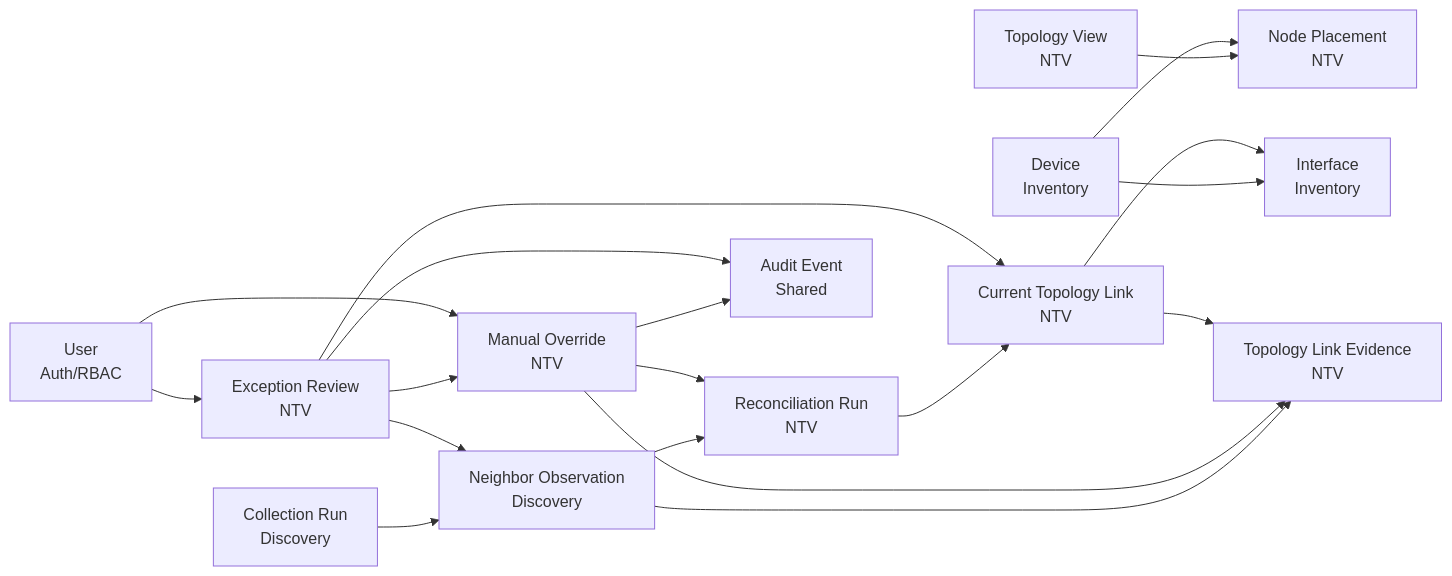
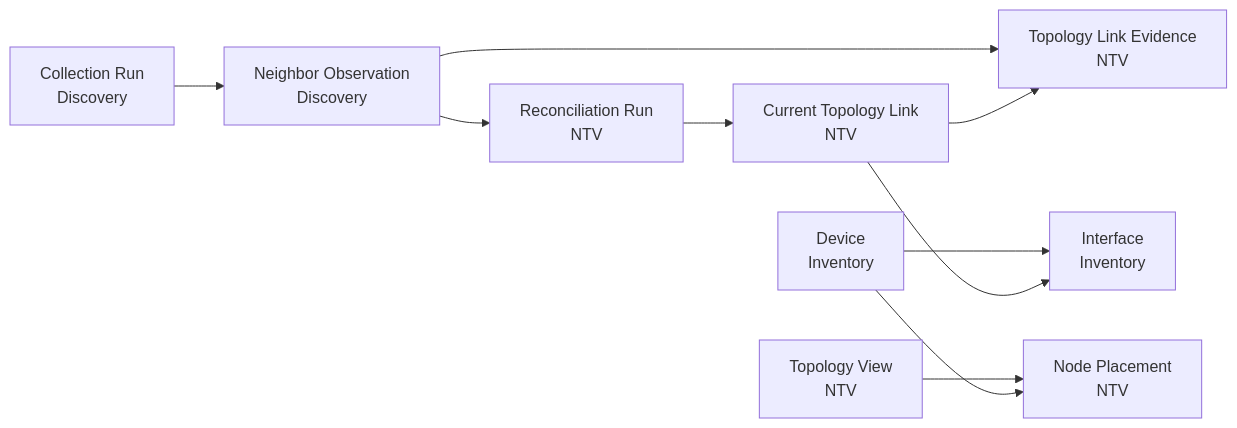
The second of 2 diagrams in 02_feature/03_Network Topology Visualization/02_Database Schema.md (napgat/NyNetMate-Research), drawn with Mermaid before and after one commit. The commit also changed other lines of this file and 19 other files, not shown here.

````diff
--- a/02_feature/03_Network Topology Visualization/02_Database Schema.md
+++ b/02_feature/03_Network Topology Visualization/02_Database Schema.md
@@ -790,26 +759,16 @@
 ```mermaid
 flowchart LR
     Device["Device<br/>Inventory"] --> Interface["Interface<br/>Inventory"]
     Collection["Collection Run<br/>Discovery"] --> Observation["Neighbor Observation<br/>Discovery"]
 
     Observation --> Reconcile["Reconciliation Run<br/>NTV"]
-    Override["Manual Override<br/>NTV"] --> Reconcile
     Reconcile --> Link["Current Topology Link<br/>NTV"]
 
     Observation --> Evidence["Topology Link Evidence<br/>NTV"]
-    Override --> Evidence
     Link --> Evidence
     Link --> Interface
 
     View["Topology View<br/>NTV"] --> Placement["Node Placement<br/>NTV"]
     Device --> Placement
 
-    Review["Exception Review<br/>NTV"] --> Observation
-    Review --> Link
-    Review --> Override
-
-    User["User<br/>Auth/RBAC"] --> Override
-    User --> Review
-    Override --> Audit["Audit Event<br/>Shared"]
-    Review --> Audit
 ```
````
